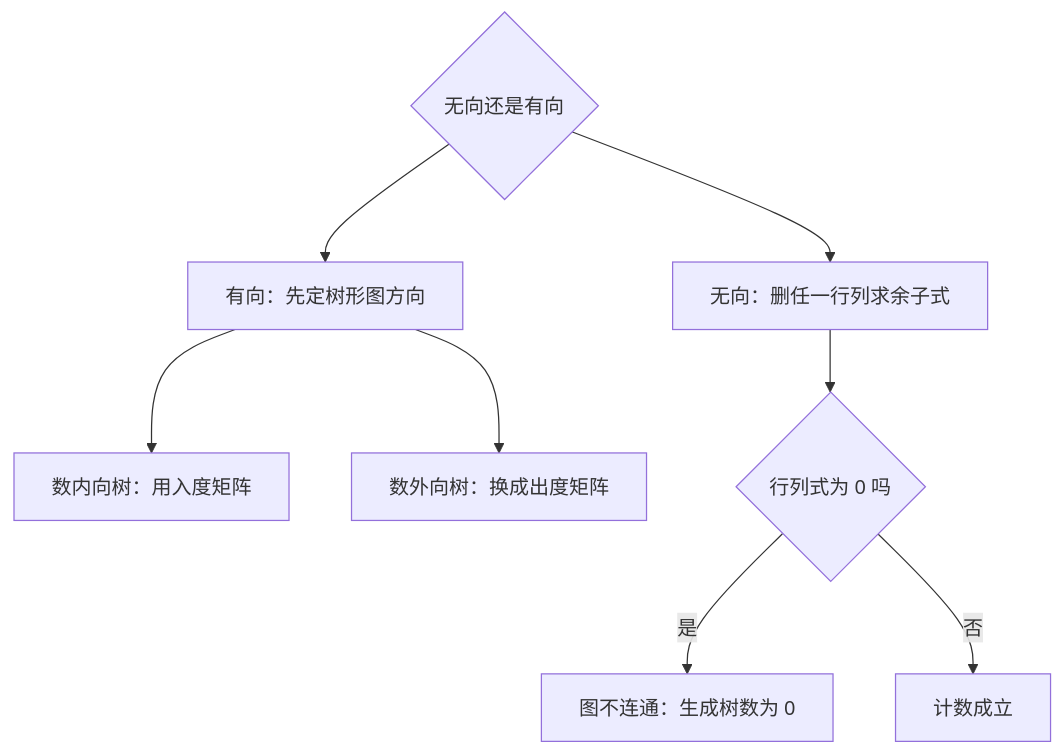
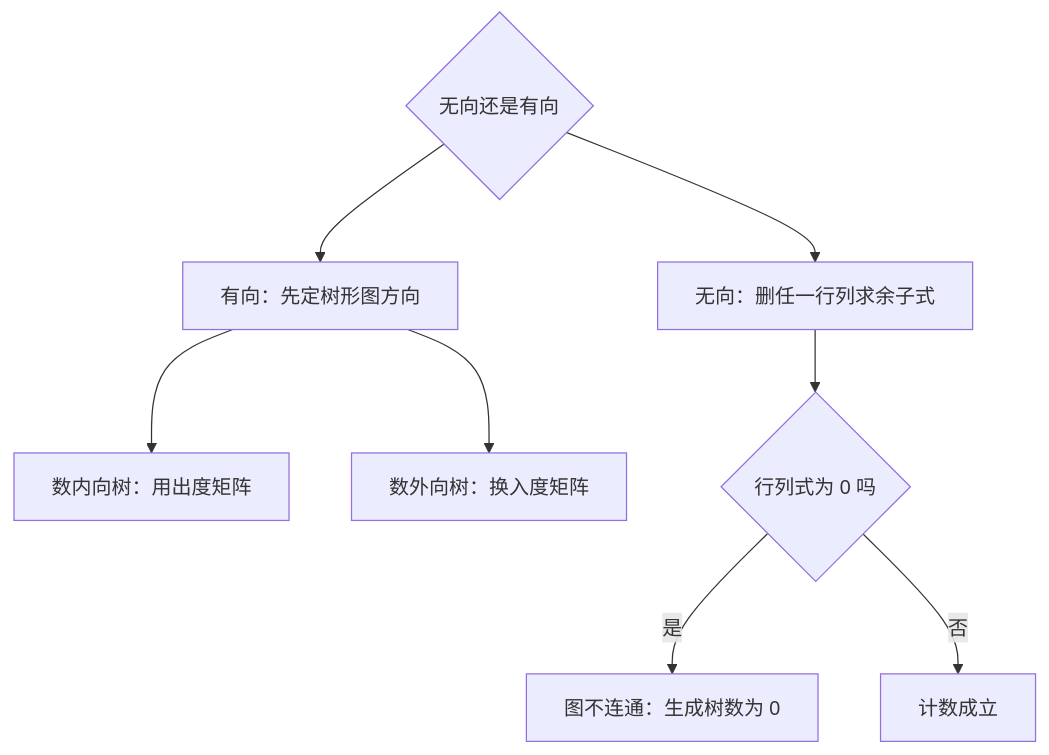
Before and after one commit to xhongduo-tech/xhongduo-tech.github.io: the second of 2 diagrams in docs/cs/matrix-tree-theorem.md, drawn with Mermaid. The commit also changed other lines of this file and 7 other files, not shown here.

````diff
--- a/docs/cs/matrix-tree-theorem.md
+++ b/docs/cs/matrix-tree-theorem.md
@@ -45,10 +45,10 @@
 ```mermaid
 flowchart TD
   G{"无向还是有向"} --> U["无向：删任一行列求余子式"]
   G --> Di["有向：先定树形图方向"]
-  Di --> IN["数内向树：用入度矩阵"]
-  Di --> OUT["数外向树：换成出度矩阵"]
+  Di --> IN["数内向树：用出度矩阵"]
+  Di --> OUT["数外向树：换入度矩阵"]
   U --> CHK{"行列式为 0 吗"}
   CHK -->|"是"| DISC["图不连通：生成树数为 0"]
   CHK -->|"否"| OK["计数成立"]
 ```
````
